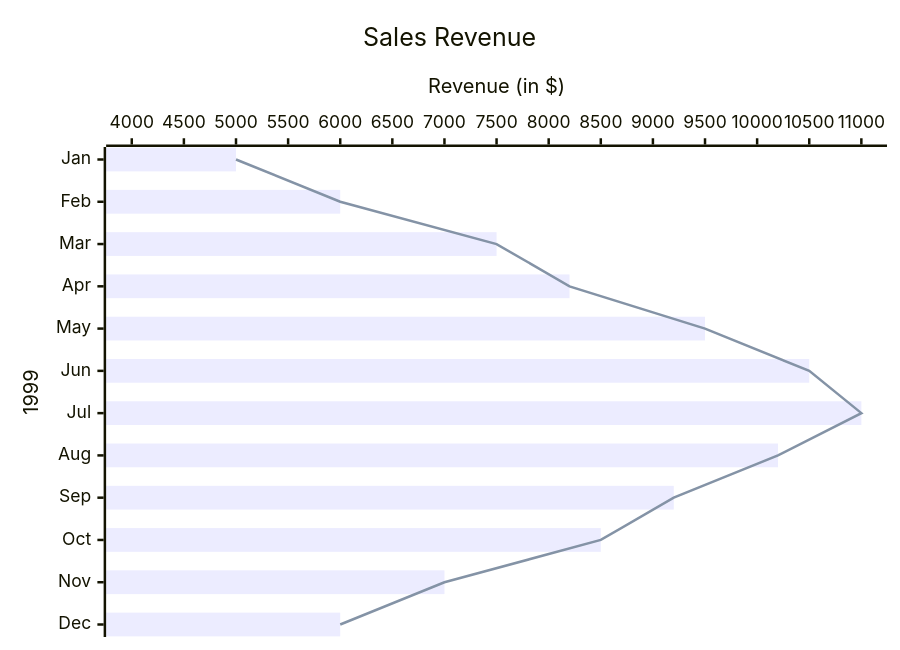
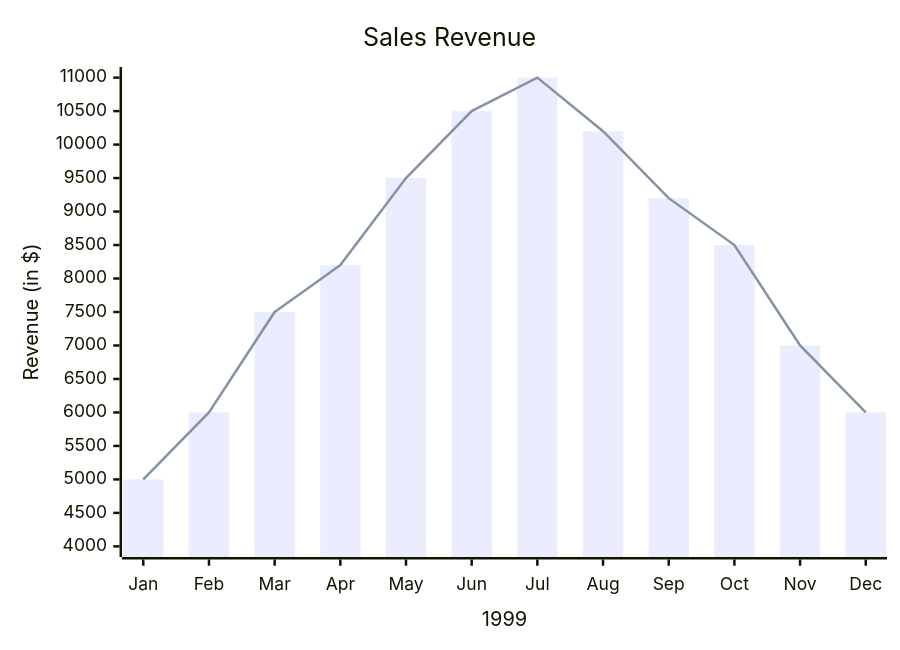
The diagram in docs/source/usage.rst (beastbytes/mermaid-xy-chart), drawn with Mermaid before and after one commit. The commit also changed other lines of this file and 3 other files, not shown here.

```diff
--- a/docs/source/usage.rst
+++ b/docs/source/usage.rst
@@ -42,8 +42,8 @@
 .. mermaid::
 
-    xychart horizontal
+    xychart vertical
       title "Sales Revenue"
       x-axis "1999" [Jan, Feb, Mar, Apr, May, Jun, Jul, Aug, Sep, Oct, Nov, Dec]
       y-axis "Revenue (in $)" 4000 --> 11000
       bar [5000, 6000, 7500, 8200, 9500, 10500, 11000, 10200, 9200, 8500, 7000, 6000]
       line [5000, 6000, 7500, 8200, 9500, 10500, 11000, 10200, 9200, 8500, 7000, 6000]
```
